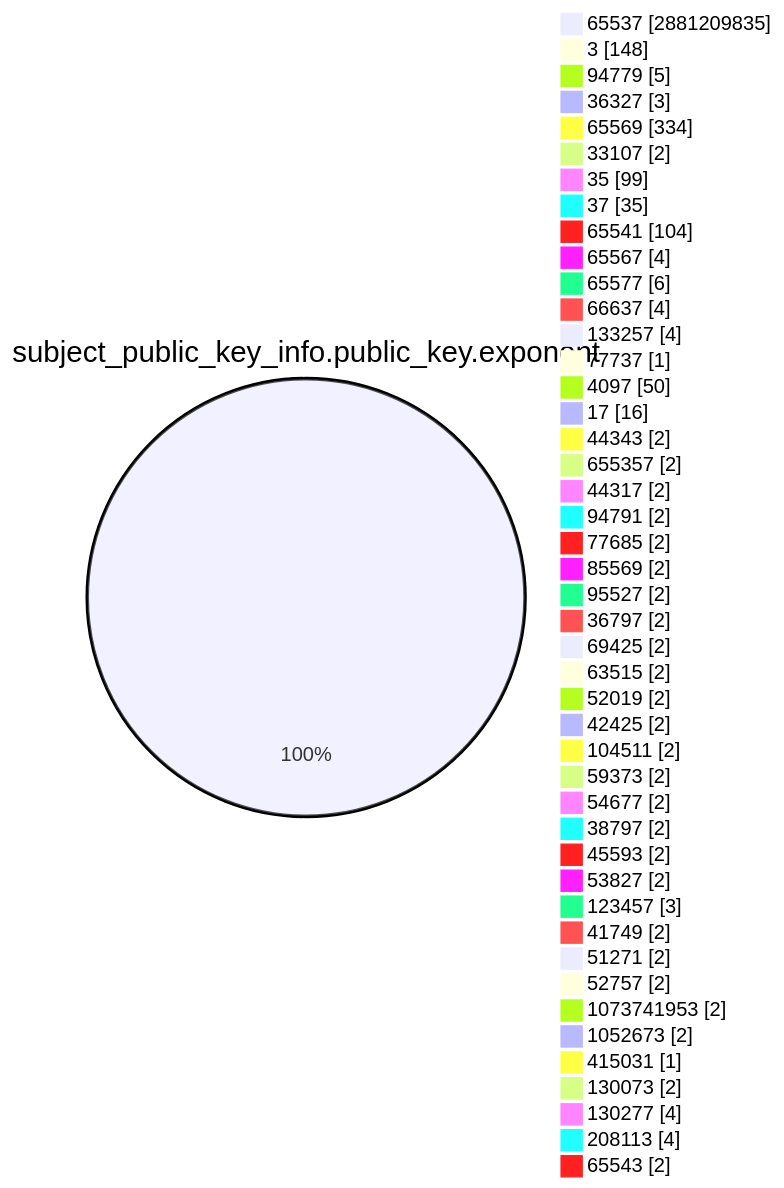
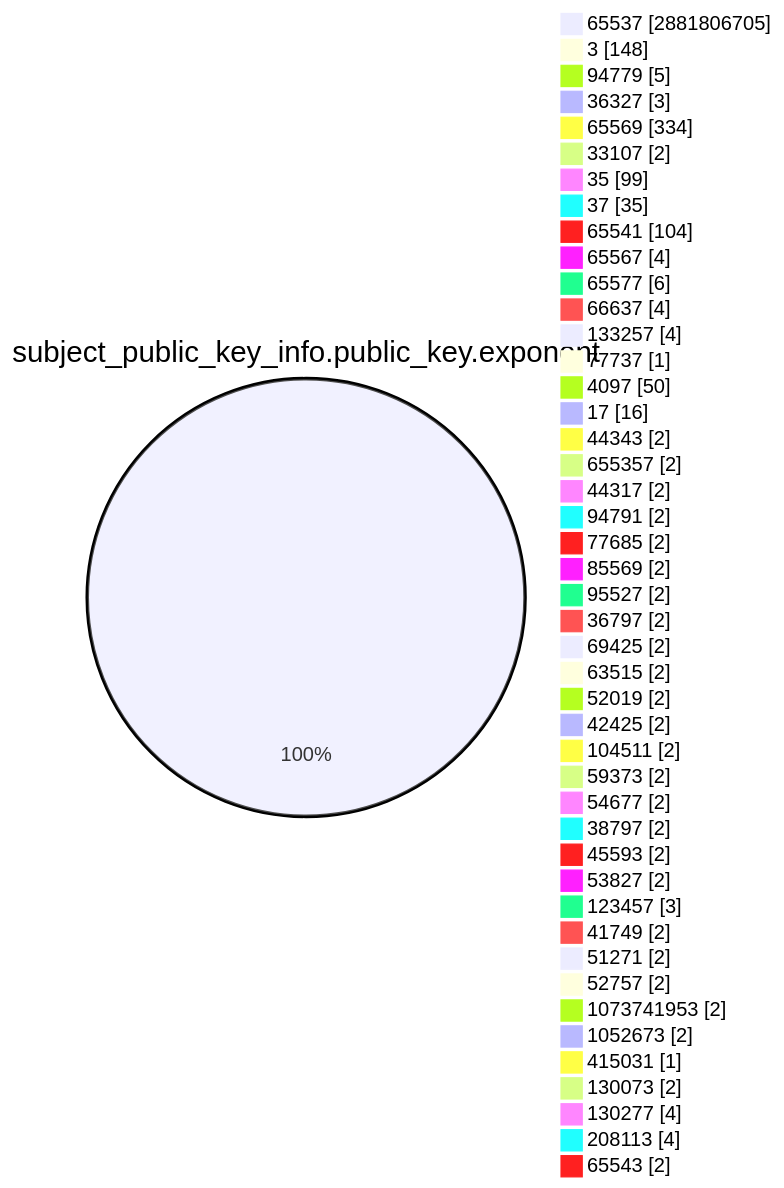
Before and after one commit to christiankrug/ctmonitor_visualization: the fourth of 15 diagrams in TOTAL/README.md, drawn with Mermaid. The commit also changed other lines of this file, not shown here.

````diff
--- a/TOTAL/README.md
+++ b/TOTAL/README.md
@@ -1468,49 +1468,49 @@
 ```mermaid
 pie showData
 title subject_public_key_info.public_key.exponent
-"65537" :2881209835
+"65537" :2881806705
 "3" :148
 "94779" :5
 "36327" :3
 "65569" :334
 "33107" :2
 "35" :99
 "37" :35
 "65541" :104
 "65567" :4
 "65577" :6
 "66637" :4
 "133257" :4
 "77737" :1
 "4097" :50
 "17" :16
 "44343" :2
 "655357" :2
 "44317" :2
 "94791" :2
 "77685" :2
 "85569" :2
 "95527" :2
 "36797" :2
 "69425" :2
 "63515" :2
 "52019" :2
 "42425" :2
 "104511" :2
 "59373" :2
 "54677" :2
 "38797" :2
 "45593" :2
 "53827" :2
 "123457" :3
 "41749" :2
 "51271" :2
 "52757" :2
 "1073741953" :2
 "1052673" :2
 "415031" :1
 "130073" :2
 "130277" :4
 "208113" :4
 "65543" :2
 ```
````
